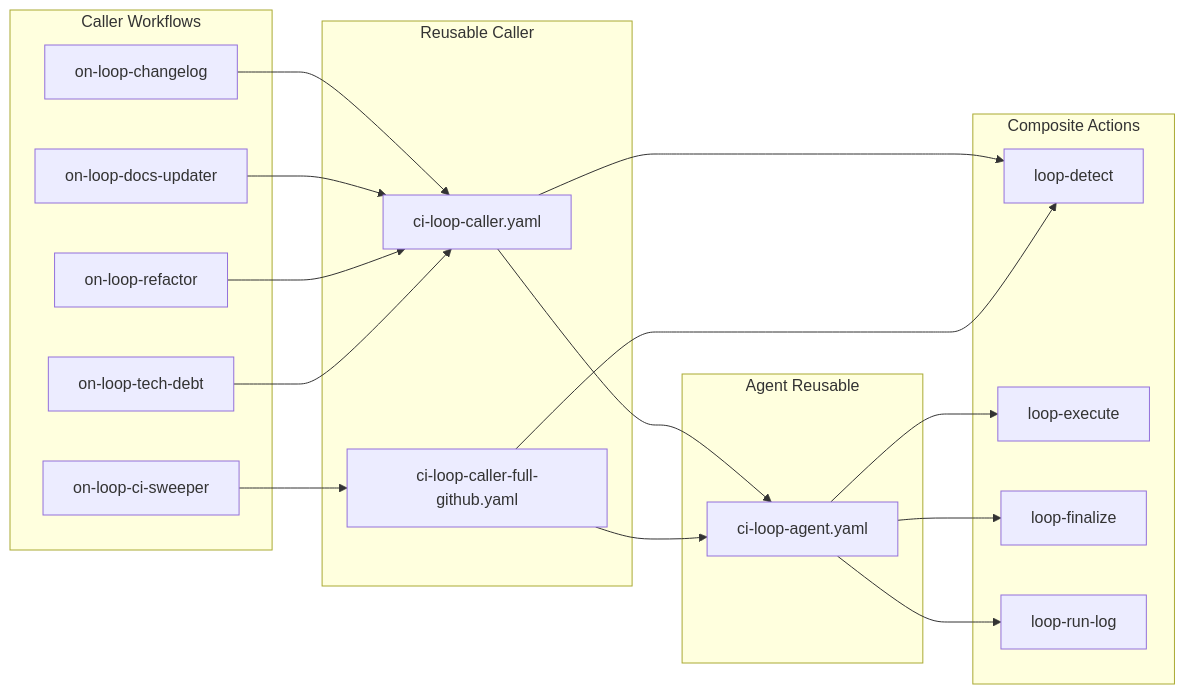
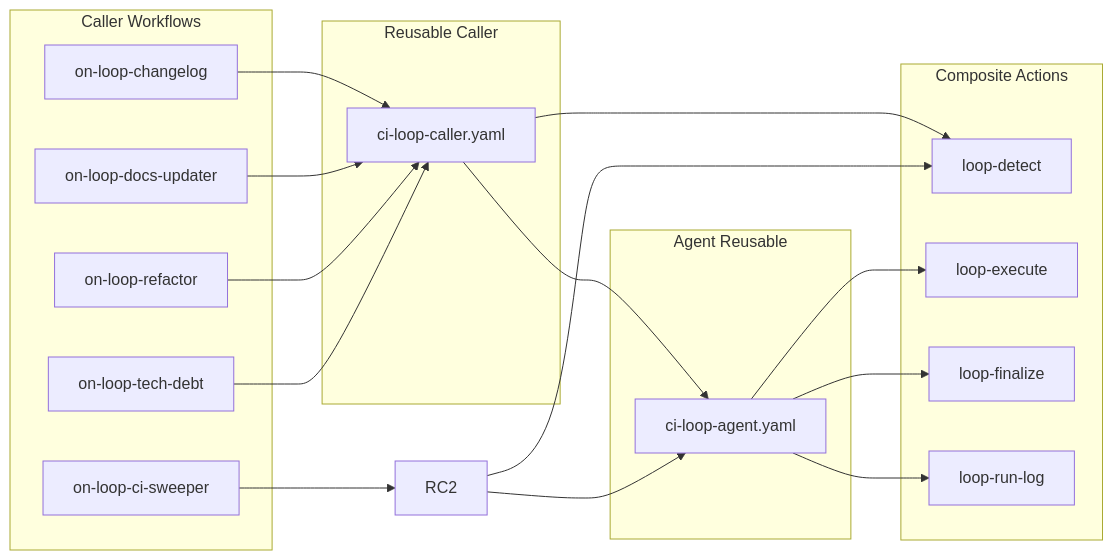
Before and after one commit to y-miyazaki/config: the second of 2 diagrams in docs/explanation/loop-engineering/loop-engineering-design.md, drawn with Mermaid. The commit also changed other lines of this file and 348 other files, not shown here.

````diff
--- a/docs/explanation/loop-engineering/loop-engineering-design.md
+++ b/docs/explanation/loop-engineering/loop-engineering-design.md
@@ -271,39 +273,38 @@
 ```mermaid
 graph LR
     subgraph callers["Caller Workflows"]
         CW1[on-loop-changelog]
         CW2[on-loop-docs-updater]
         CW3[on-loop-ci-sweeper]
         CW4[on-loop-refactor]
         CW5[on-loop-tech-debt]
     end
 
     subgraph caller_reusable["Reusable Caller"]
         RC1[ci-loop-caller.yaml]
-        RC2[ci-loop-caller-full-github.yaml]
     end
 
     subgraph agent_reusable["Agent Reusable"]
         RW1[ci-loop-agent.yaml]
     end
 
     subgraph actions["Composite Actions"]
         CA0[loop-detect]
         CA2[loop-execute]
         CA3[loop-finalize]
         CA10[loop-run-log]
     end
 
     CW1 --> RC1
     CW2 --> RC1
     CW4 --> RC1
     CW5 --> RC1
     CW3 --> RC2
     RC1 --> CA0
     RC2 --> CA0
     RC1 --> RW1
     RC2 --> RW1
     RW1 --> CA2
     RW1 --> CA3
     RW1 --> CA10
 ```
````
